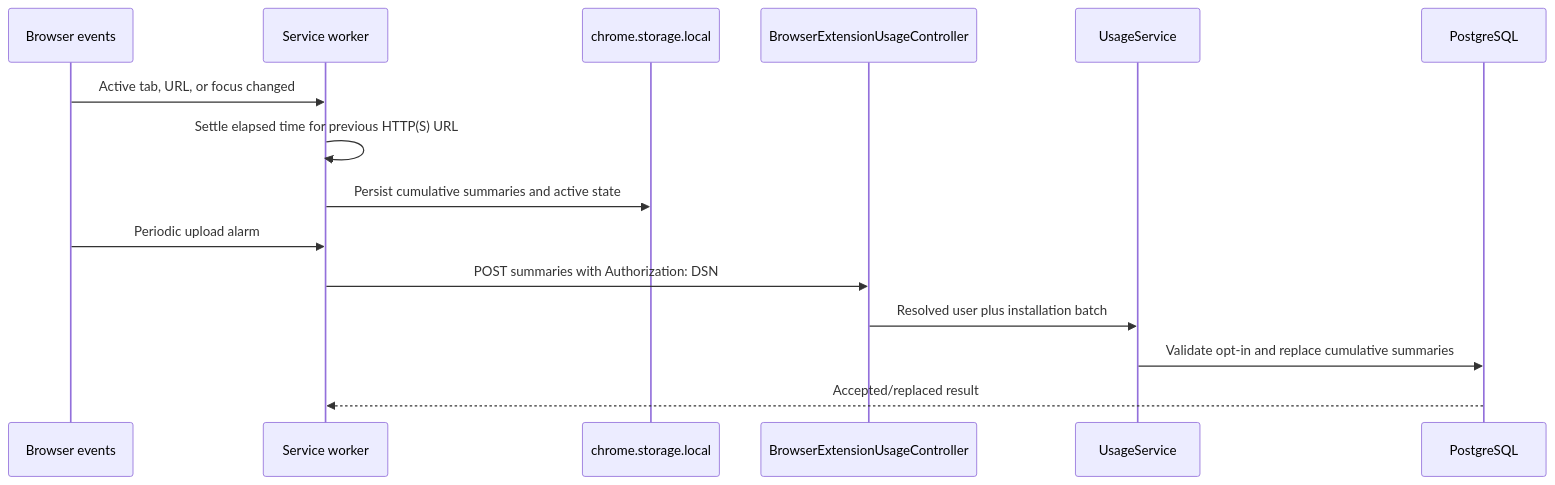
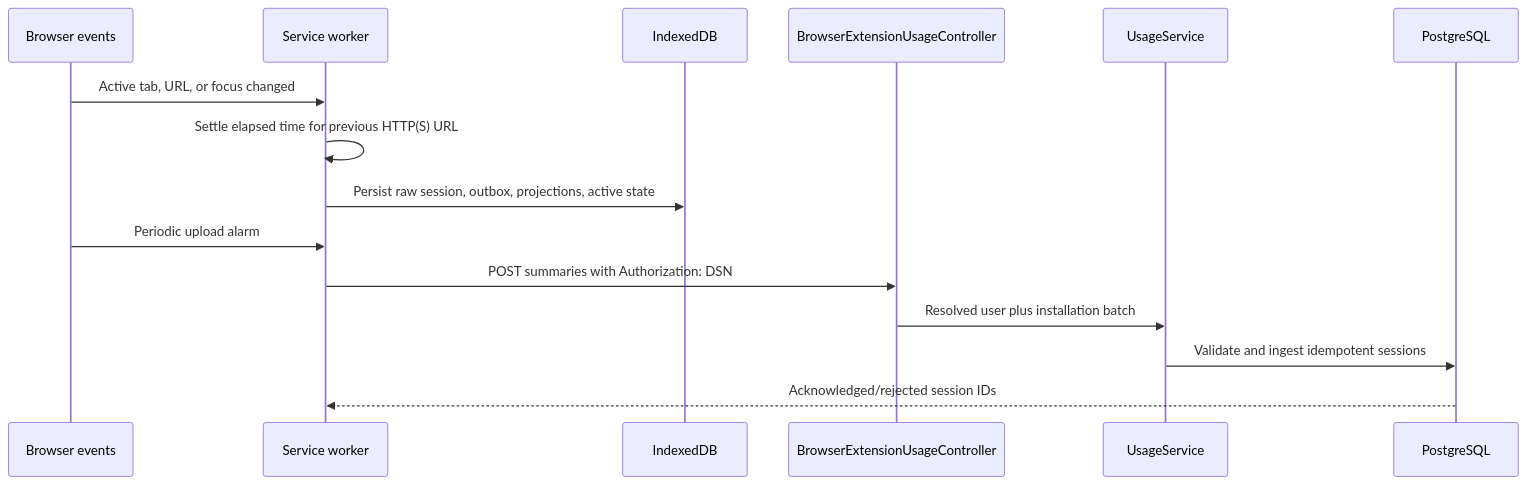
The second of 3 diagrams in agent_docs/architectures/extension.md (huynguyen1999/itu), drawn with Mermaid before and after one commit. The commit also changed other lines of this file and 330 other files, not shown here.

````diff
--- a/agent_docs/architectures/extension.md
+++ b/agent_docs/architectures/extension.md
@@ -60,18 +61,18 @@
 ```mermaid
 sequenceDiagram
     participant Browser as Browser events
     participant Worker as Service worker
-    participant Local as chrome.storage.local
+    participant Local as IndexedDB
     participant API as BrowserExtensionUsageController
     participant Service as UsageService
     participant DB as PostgreSQL
 
     Browser->>Worker: Active tab, URL, or focus changed
     Worker->>Worker: Settle elapsed time for previous HTTP(S) URL
-    Worker->>Local: Persist cumulative summaries and active state
+    Worker->>Local: Persist raw session, outbox, projections, active state
     Browser->>Worker: Periodic upload alarm
     Worker->>API: POST summaries with Authorization: DSN
     API->>Service: Resolved user plus installation batch
-    Service->>DB: Validate opt-in and replace cumulative summaries
-    DB-->>Worker: Accepted/replaced result
+    Service->>DB: Validate and ingest idempotent sessions
+    DB-->>Worker: Acknowledged/rejected session IDs
 ```
````
